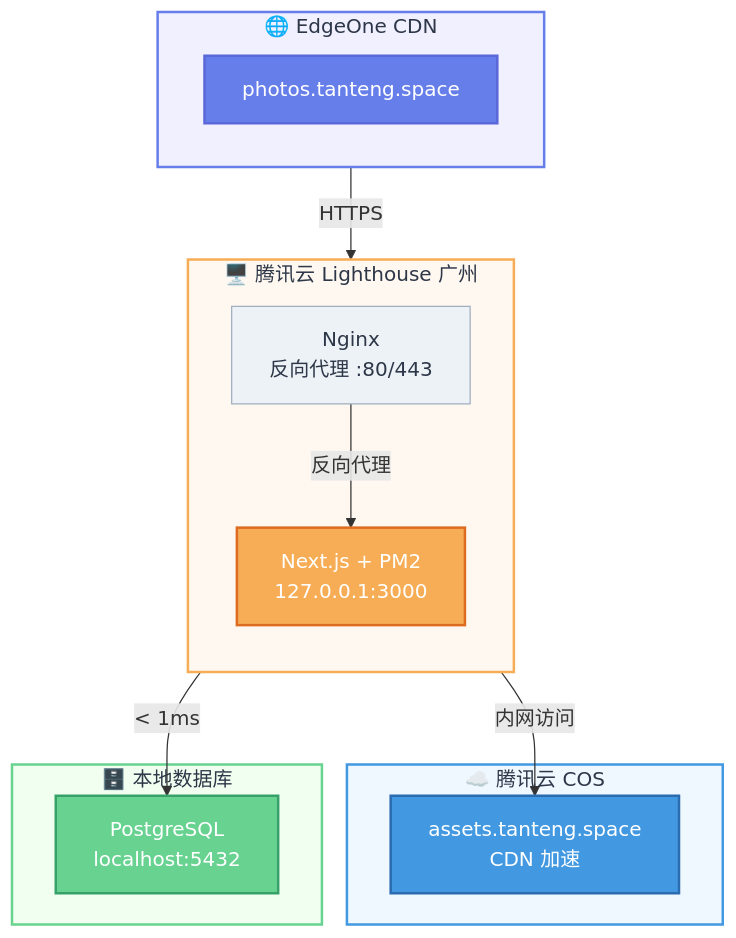
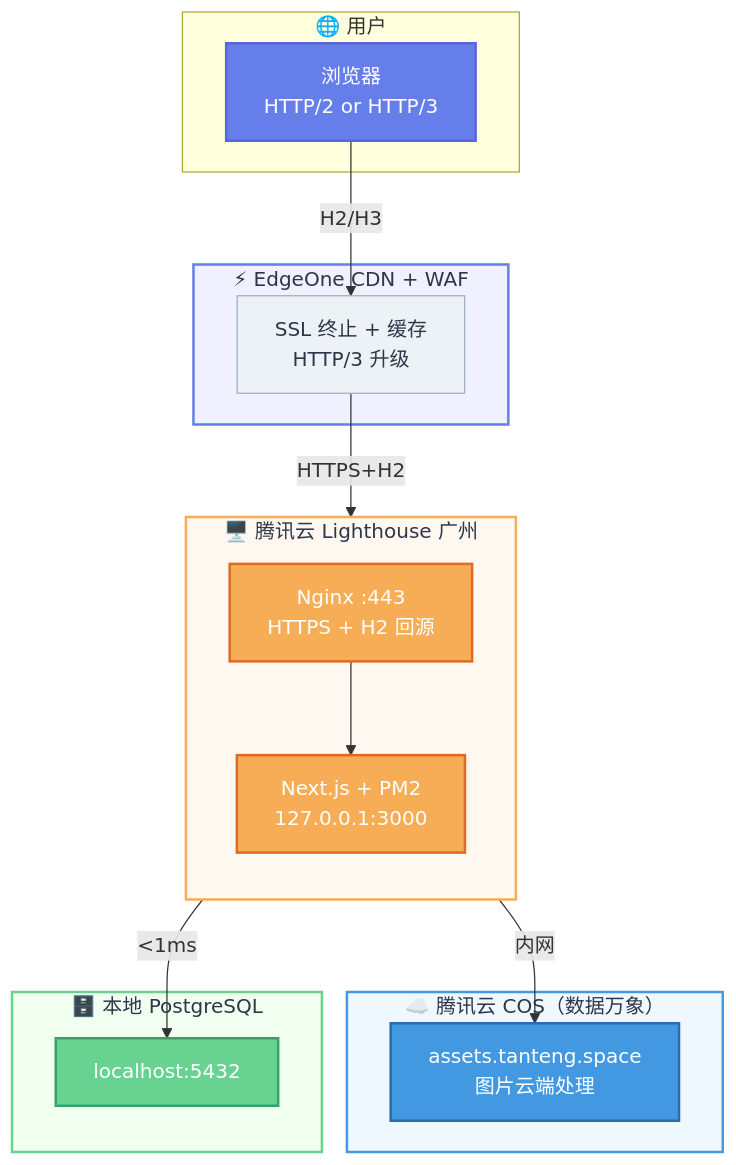
One commit to tanteng/blog changed the diagram in content/posts/vercel-to-tencent-cloud-migration.md. Above: the diagram before and after it, drawn with Mermaid. The commit also changed other lines of this file and 2 other files, not shown here.

````diff
--- a/content/posts/vercel-to-tencent-cloud-migration.md
+++ b/content/posts/vercel-to-tencent-cloud-migration.md
@@ -31,36 +282,41 @@
 ```mermaid
 flowchart TB
-    subgraph CDN["🌐 EdgeOne CDN"]
-        A[photos.tanteng.space]:::cdn
+    subgraph Client["🌐 用户"]
+        A[浏览器<br/>HTTP/2 or HTTP/3]:::cdn
     end
 
-    subgraph Server["🖥️ 腾讯云 Lighthouse 广州"]
-        direction TB
-        B[Nginx<br/>反向代理 :80/443]:::step
-        C[Next.js + PM2<br/>127.0.0.1:3000]:::build
+    subgraph EdgeOne["⚡ EdgeOne CDN + WAF"]
+        B[SSL 终止 + 缓存<br/>HTTP/3 升级]:::step
     end
 
-    subgraph Storage["☁️ 腾讯云 COS"]
-        D[assets.tanteng.space<br/>CDN 加速]:::deploy
+    subgraph Lighthouse["🖥️ 腾讯云 Lighthouse 广州"]
+        direction TB
+        C[Nginx :443<br/>HTTPS + H2 回源]:::build
+        D[Next.js + PM2<br/>127.0.0.1:3000]:::build
     end
 
-    subgraph Database["🗄️ 本地数据库"]
-        E[PostgreSQL<br/>localhost:5432]:::purge
+    subgraph COS["☁️ 腾讯云 COS（数据万象）"]
+        E[assets.tanteng.space<br/>图片云端处理]:::deploy
     end
 
-    CDN -->|HTTPS| B
-    B -->|反向代理| C
-    C -->|< 1ms| E
-    C -->|内网访问| D
+    subgraph DB["🗄️ 本地 PostgreSQL"]
+        F[localhost:5432]:::purge
+    end
+
+    A -->|H2/H3| B
+    B -->|HTTPS+H2| C
+    C --> D
+    D -->|内网| E
+    D -->|<1ms| F
 
     classDef cdn fill:#667eea,stroke:#5a67d8,color:#fff,stroke-width:2px
     classDef step fill:#edf2f7,stroke:#a0aec0,color:#2d3748,stroke-width:1px
     classDef build fill:#f6ad55,stroke:#dd6b20,color:#fff,stroke-width:2px
     classDef deploy fill:#4299e1,stroke:#2b6cb0,color:#fff,stroke-width:2px
     classDef purge fill:#68d391,stroke:#38a169,color:#fff,stroke-width:2px
 
-    style CDN fill:#f0f0ff,stroke:#667eea,stroke-width:2px,color:#2d3748
-    style Server fill:#fff8f0,stroke:#f6ad55,stroke-width:2px,color:#2d3748
-    style Storage fill:#f0f8ff,stroke:#4299e1,stroke-width:2px,color:#2d3748
-    style Database fill:#f0fff0,stroke:#68d391,stroke-width:2px,color:#2d3748
+    style EdgeOne fill:#f0f0ff,stroke:#667eea,stroke-width:2px,color:#2d3748
+    style Lighthouse fill:#fff8f0,stroke:#f6ad55,stroke-width:2px,color:#2d3748
+    style COS fill:#f0f8ff,stroke:#4299e1,stroke-width:2px,color:#2d3748
+    style DB fill:#f0fff0,stroke:#68d391,stroke-width:2px,color:#2d3748
 ```
````
